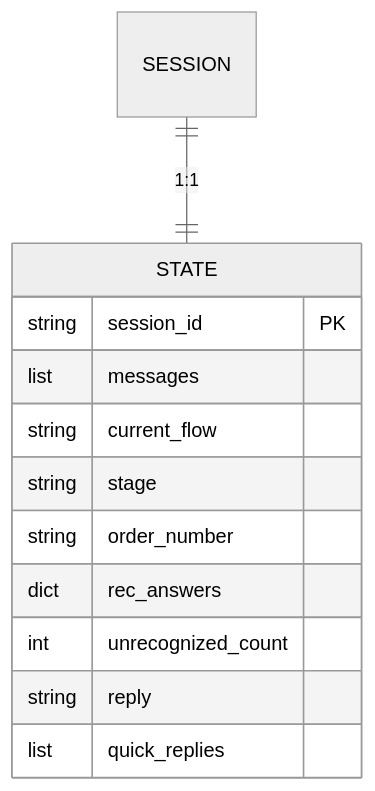
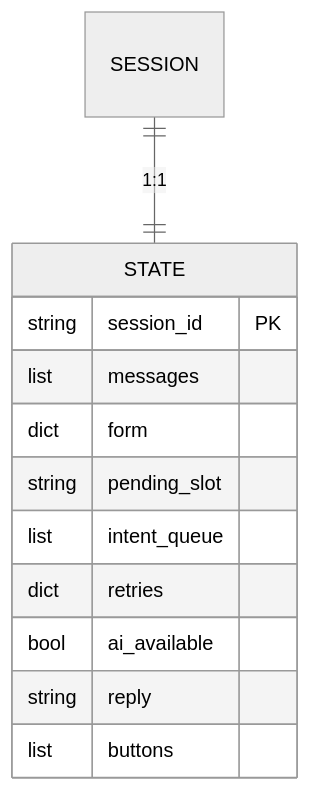
The second of 9 diagrams in architecture.md (pkbros/cutomerBot2), drawn with Mermaid (neutral theme) before and after one commit. The commit also changed other lines of this file and 19 other files, not shown here.

````diff
--- a/architecture.md
+++ b/architecture.md
@@ -71,15 +69,15 @@
 ```mermaid
 erDiagram
     SESSION ||--|| STATE : "1:1"
     STATE {
         string session_id PK
         list  messages
-        string current_flow
-        string stage
-        string order_number
-        dict  rec_answers
-        int   unrecognized_count
+        dict  form
+        string pending_slot
+        list  intent_queue
+        dict  retries
+        bool  ai_available
         string reply
-        list  quick_replies
+        list  buttons
     }
 ```
````
